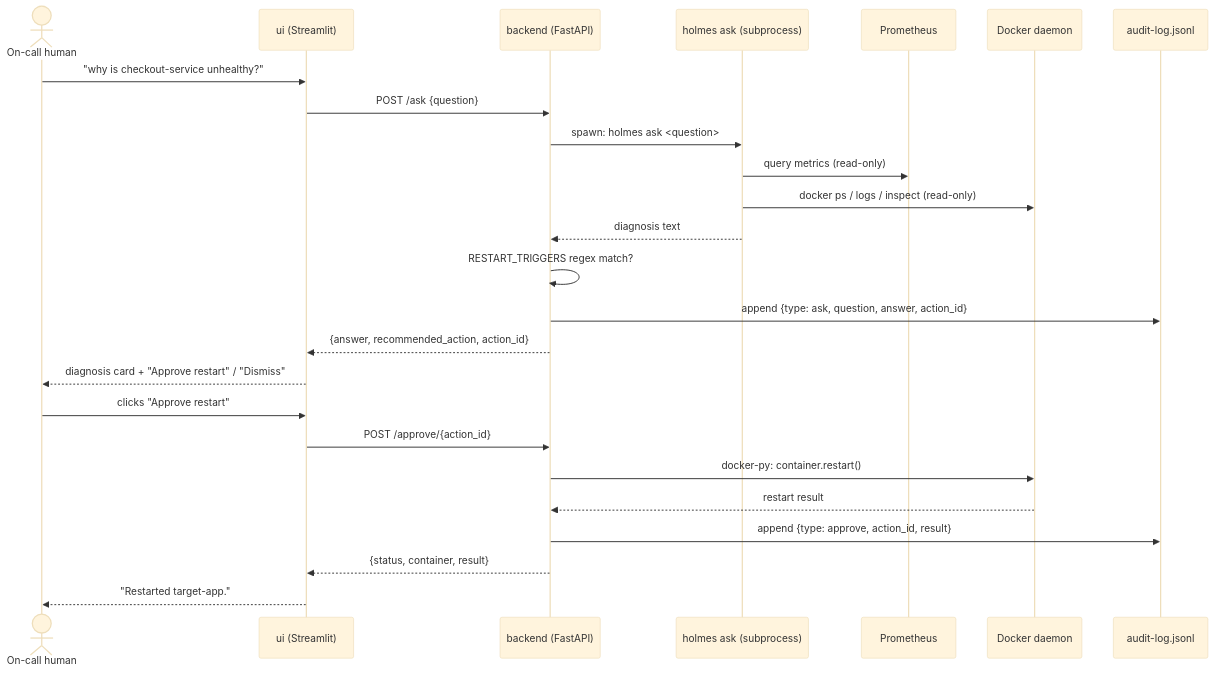
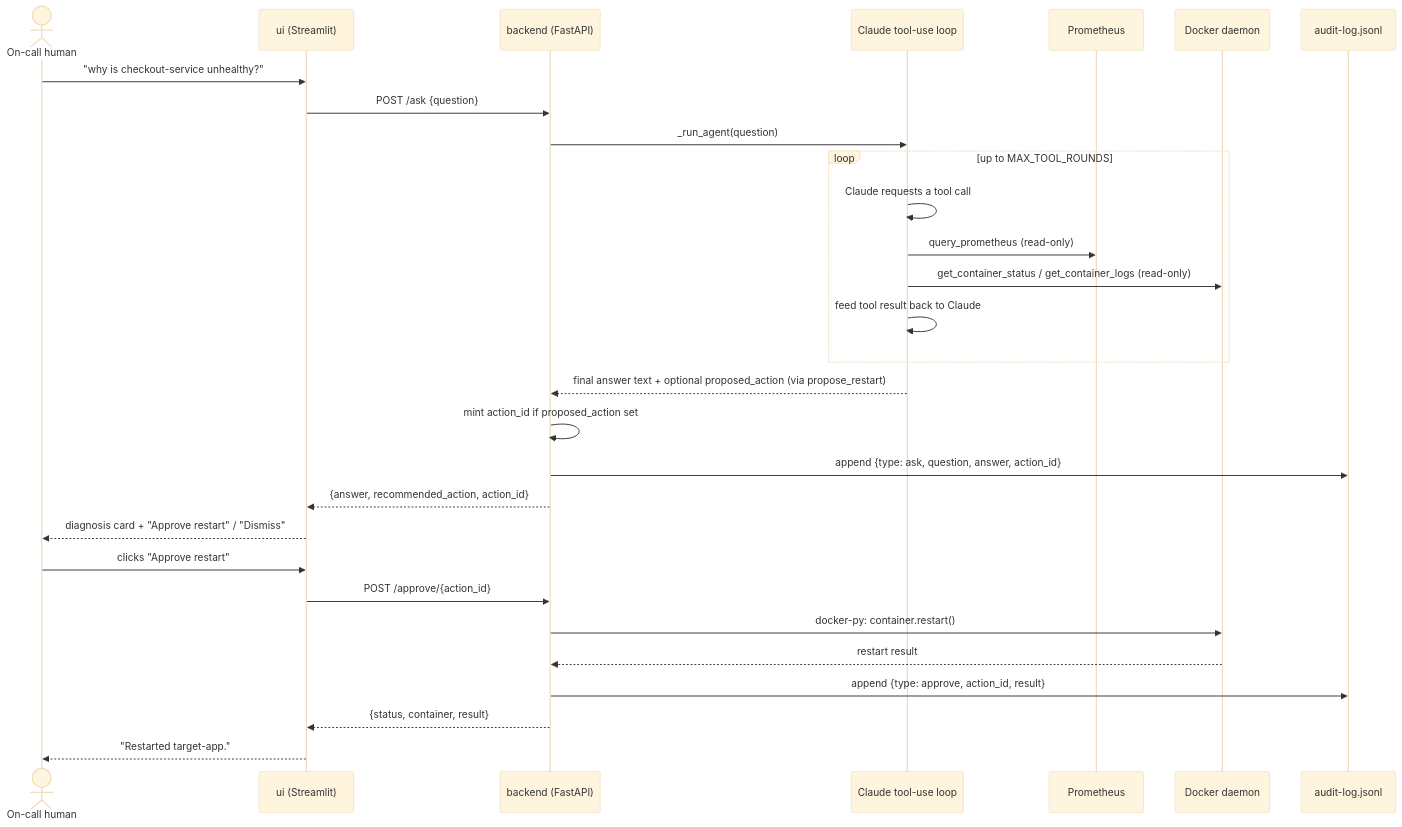
One commit to omanandswami2005/overwatch-sre changed the second of 4 diagrams in docs/architecture.md. Above: the diagram before and after it, drawn with Mermaid (base theme). The commit also changed other lines of this file and 10 other files, not shown here.

First line of the commit message:
Replace HolmesGPT integration with a custom Claude tool-use agent

````diff
--- a/docs/architecture.md
+++ b/docs/architecture.md
@@ -146,29 +161,33 @@
 ```mermaid
 sequenceDiagram
     actor H as On-call human
     participant UI as ui (Streamlit)
     participant BE as backend (FastAPI)
-    participant HO as holmes ask (subprocess)
+    participant AG as Claude tool-use loop
     participant PR as Prometheus
     participant DK as Docker daemon
     participant AU as audit-log.jsonl
 
     H->>UI: "why is checkout-service unhealthy?"
     UI->>BE: POST /ask {question}
-    BE->>HO: spawn: holmes ask <question>
-    HO->>PR: query metrics (read-only)
-    HO->>DK: docker ps / logs / inspect (read-only)
-    HO-->>BE: diagnosis text
-    BE->>BE: RESTART_TRIGGERS regex match?
+    BE->>AG: _run_agent(question)
+    loop up to MAX_TOOL_ROUNDS
+        AG->>AG: Claude requests a tool call
+        AG->>PR: query_prometheus (read-only)
+        AG->>DK: get_container_status / get_container_logs (read-only)
+        AG->>AG: feed tool result back to Claude
+    end
+    AG-->>BE: final answer text + optional proposed_action (via propose_restart)
+    BE->>BE: mint action_id if proposed_action set
     BE->>AU: append {type: ask, question, answer, action_id}
     BE-->>UI: {answer, recommended_action, action_id}
     UI-->>H: diagnosis card + "Approve restart" / "Dismiss"
 
     H->>UI: clicks "Approve restart"
     UI->>BE: POST /approve/{action_id}
     BE->>DK: docker-py: container.restart()
     DK-->>BE: restart result
     BE->>AU: append {type: approve, action_id, result}
     BE-->>UI: {status, container, result}
     UI-->>H: "Restarted target-app."
 ```
````
